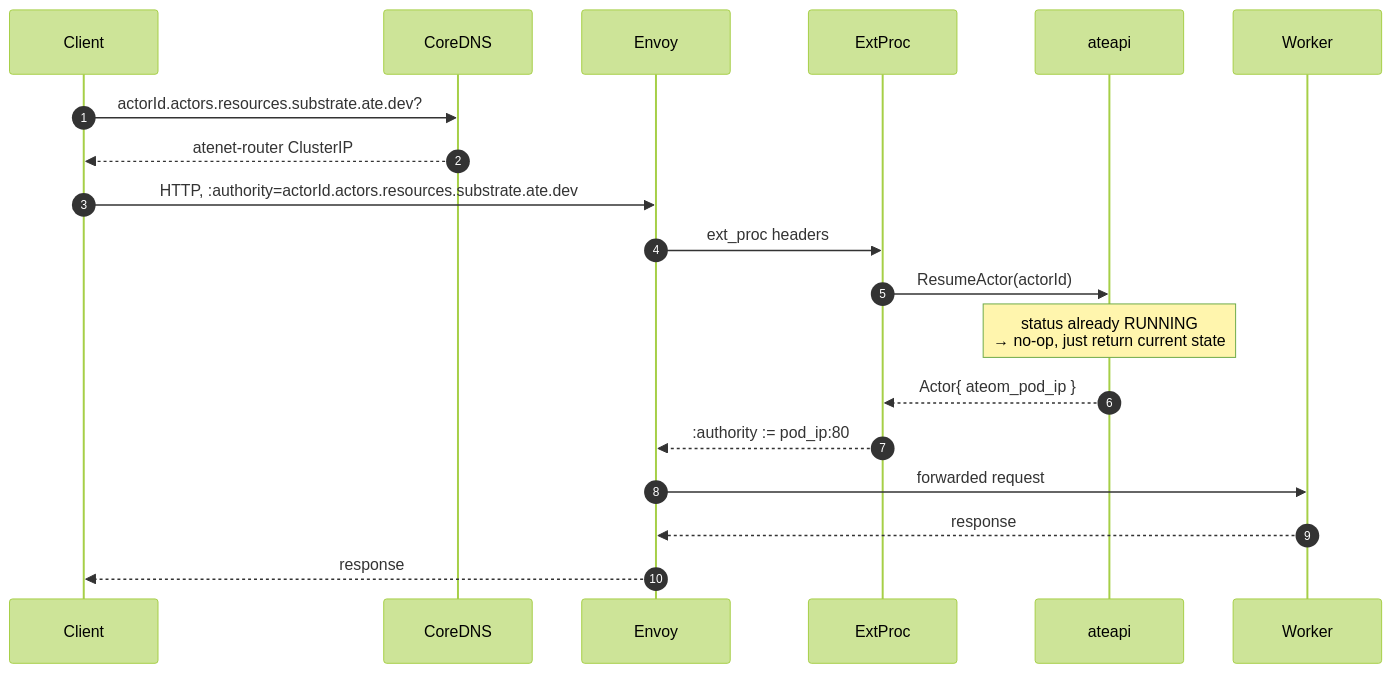
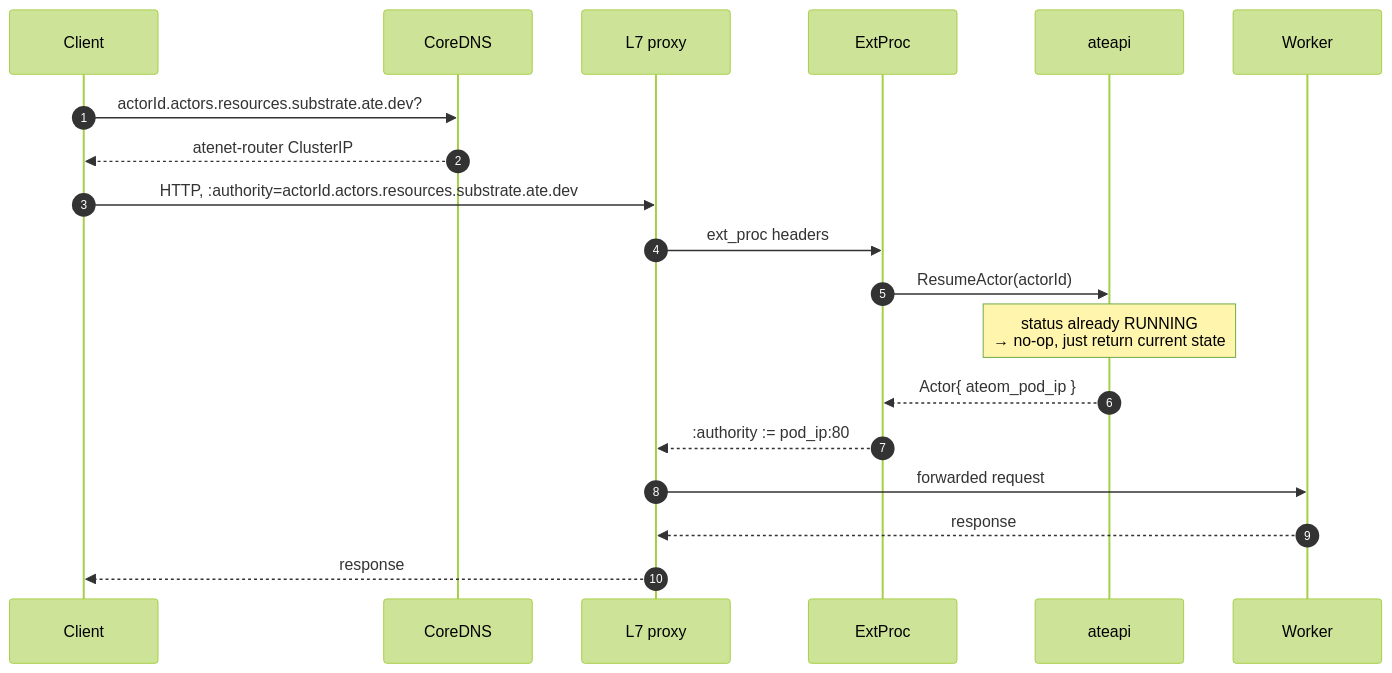
One commit to christian-posta/substrate changed the first of 2 diagrams in atlas/src/content/docs/flows/request-path.mdx. Above: the diagram before and after it, drawn with Mermaid (forest theme). The commit also changed other lines of this file and 6 other files, not shown here.

Commit message:
updated clickable diagram, fix a bug in atenet

````diff
--- a/atlas/src/content/docs/flows/request-path.mdx
+++ b/atlas/src/content/docs/flows/request-path.mdx
@@ -13,22 +13,22 @@
 ```mermaid
 sequenceDiagram
   autonumber
   participant C as Client
   participant DNS as CoreDNS
-  participant E as Envoy
+  participant E as L7 proxy
   participant X as ExtProc
   participant A as ateapi
   participant W as Worker
 
   C->>DNS: actorId.actors.resources.substrate.ate.dev?
   DNS-->>C: atenet-router ClusterIP
   C->>E: HTTP, :authority=actorId.actors.resources.substrate.ate.dev
   E->>X: ext_proc headers
   X->>A: ResumeActor(actorId)
   Note over A: status already RUNNING<br/>→ no-op, just return current state
   A-->>X: Actor{ ateom_pod_ip }
   X-->>E: :authority := pod_ip:80
   E->>W: forwarded request
   W-->>E: response
   E-->>C: response
 ```
````
